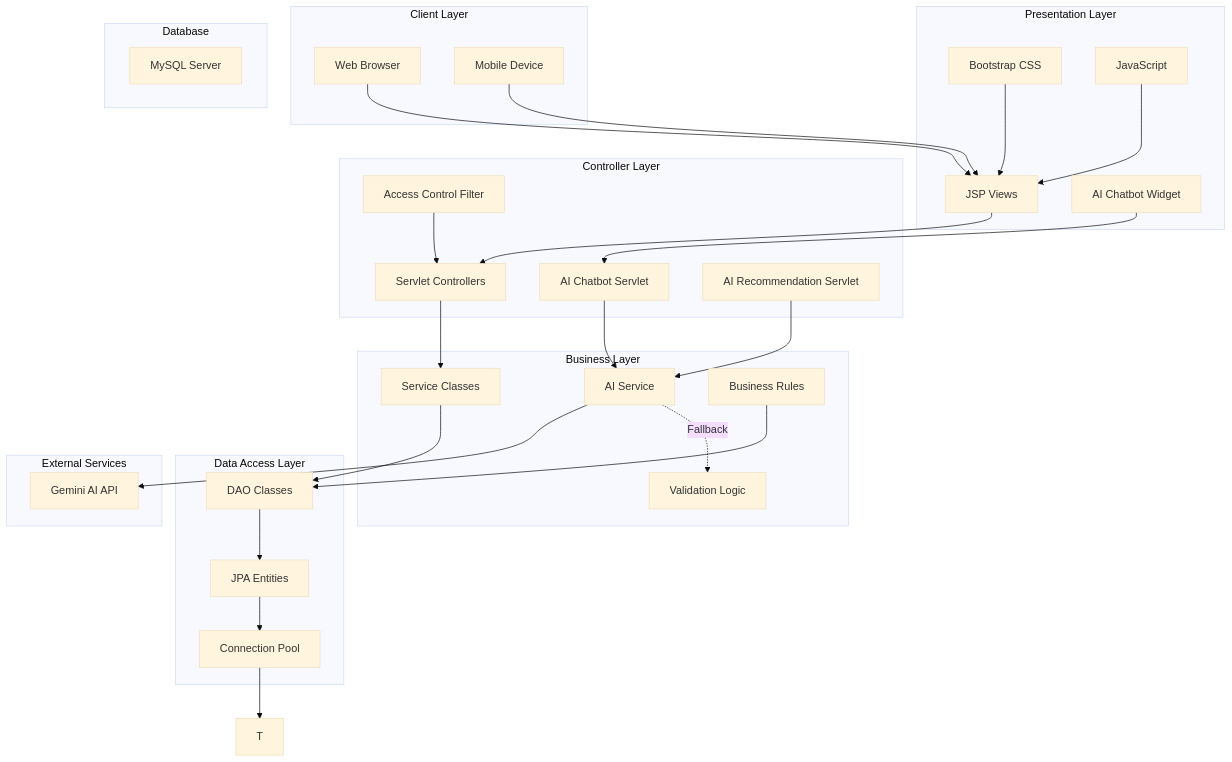
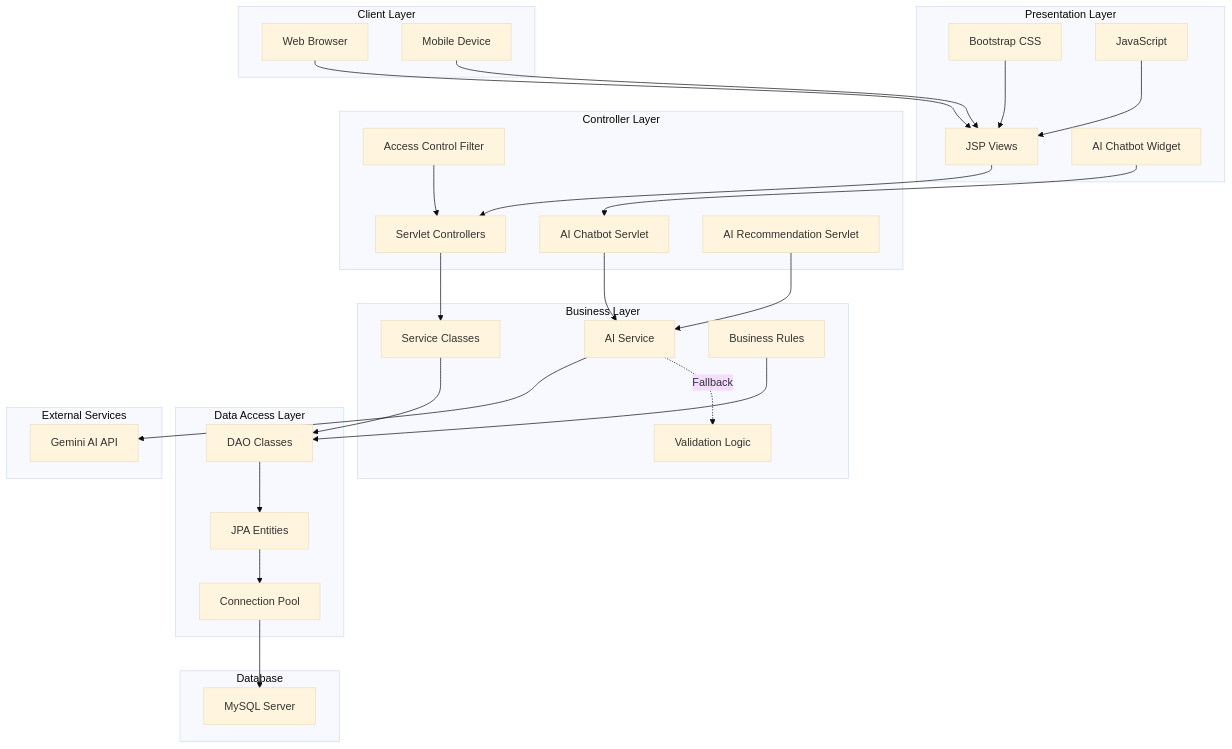
Before and after one commit to Eggprime1963/LearningWebsite: the first of 5 diagrams in README.md, drawn with Mermaid (base theme).

````diff
--- a/README.md
+++ b/README.md
@@ -73,60 +73,60 @@
 ```mermaid
 graph TB
     subgraph "Client Layer"
         A[Web Browser]
         B[Mobile Device]
     end
     
     subgraph "Presentation Layer"
         C[JSP Views]
         D[Bootstrap CSS]
         E[JavaScript]
         F[AI Chatbot Widget]
     end
     
     subgraph "Controller Layer"
         G[Servlet Controllers]
         H[AI Chatbot Servlet]
         I[Access Control Filter]
         J[AI Recommendation Servlet]
     end
     
     subgraph "Business Layer"
         K[Service Classes]
         L[AI Service]
         M[Validation Logic]
         N[Business Rules]
     end
     
     subgraph "Data Access Layer"
         O[DAO Classes]
         P[JPA Entities]
         Q[Connection Pool]
     end
     
     subgraph "External Services"
         R[Gemini AI API]
     end
     
     subgraph "Database"
-        S[MySQL Server]
+        T[MySQL Server]
     end
     
     A --> C
     B --> C
     C --> G
     D --> C
     E --> C
     F --> H
     G --> K
     H --> L
     I --> G
     J --> L
     K --> O
     L --> R
     L -.->|Fallback| M
     O --> P
     P --> Q
     Q --> T
     N --> O
 ```
````
